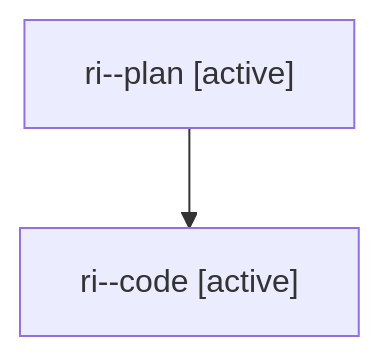
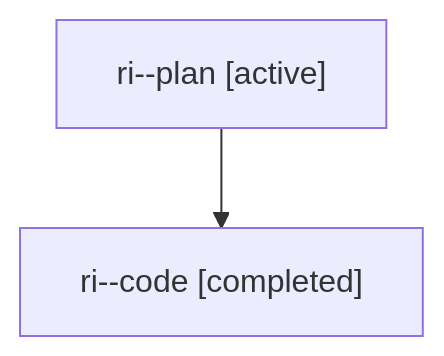
The diagram in families/bbugyi200.athena.ri.md (sase-org/sase--agents), drawn with Mermaid before and after one commit. The commit also changed other lines of this file and 5813 other files, not shown here.

````diff
--- a/families/bbugyi200.athena.ri.md
+++ b/families/bbugyi200.athena.ri.md
@@ -9,6 +9,6 @@
 ```mermaid
 flowchart TD
   n0["ri--plan [active]"]
-  n1["ri--code [active]"]
+  n1["ri--code [completed]"]
   n0 --> n1
 ```
````
